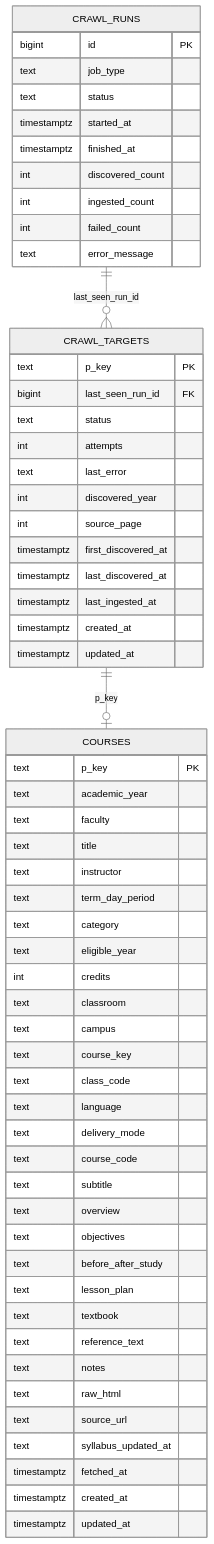
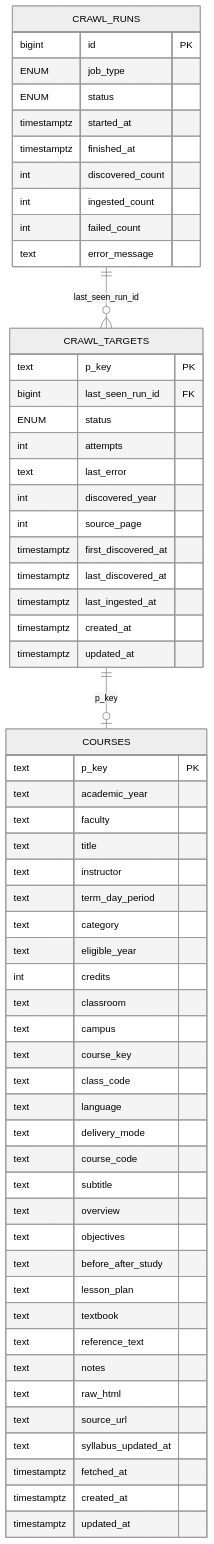
Before and after one commit to tsukuneA1/hoge: the second of 2 diagrams in docs/design/2026-06-07-syllabus-crawler.md, drawn with Mermaid (neutral theme).

Commit message:
feat(docs): follow design doc

````diff
--- a/docs/design/2026-06-07-syllabus-crawler.md
+++ b/docs/design/2026-06-07-syllabus-crawler.md
@@ -164,68 +164,68 @@
 ```mermaid
 erDiagram
     CRAWL_RUNS ||--o{ CRAWL_TARGETS : "last_seen_run_id"
     CRAWL_TARGETS ||--o| COURSES : "p_key"
 
     CRAWL_RUNS {
         bigint id PK
-        text job_type
-        text status
+        ENUM job_type
+        ENUM status
         timestamptz started_at
         timestamptz finished_at
         int discovered_count
         int ingested_count
         int failed_count
         text error_message
     }
 
     CRAWL_TARGETS {
         text p_key PK
         bigint last_seen_run_id FK
-        text status
+        ENUM status
         int attempts
         text last_error
         int discovered_year
         int source_page
 
         timestamptz first_discovered_at
         timestamptz last_discovered_at
         timestamptz last_ingested_at
         timestamptz created_at
         timestamptz updated_at
     }
 
     COURSES {
         text p_key PK
         text academic_year
         text faculty
         text title
         text instructor
         text term_day_period
         text category
         text eligible_year
         int credits
         text classroom
         text campus
         text course_key
         text class_code
         text language
         text delivery_mode
         text course_code
 
         text subtitle
         text overview
         text objectives
         text before_after_study
         text lesson_plan
         text textbook
         text reference_text
         text notes
 
         text raw_html
         text source_url
         text syllabus_updated_at
         timestamptz fetched_at
         timestamptz created_at
         timestamptz updated_at
     }
 ```
````
